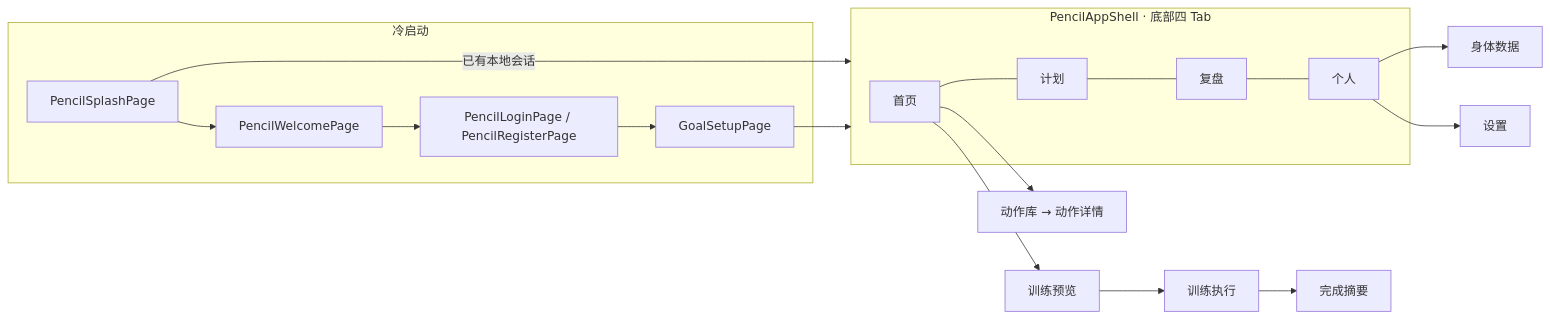
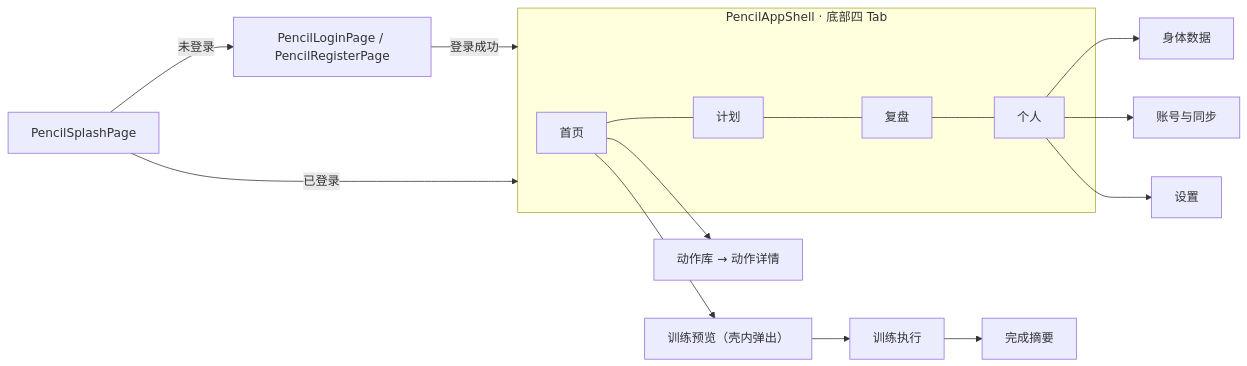
Before and after one commit to EarthxxRhythm/FitTracker: the diagram in README.md, drawn with Mermaid. The commit also changed other lines of this file and 4 other files, not shown here.

````diff
--- a/README.md
+++ b/README.md
@@ -107,15 +107,14 @@
 ```mermaid
 flowchart LR
-  subgraph 冷启动
-    S[PencilSplashPage] --> W[PencilWelcomePage] --> L[PencilLoginPage / PencilRegisterPage] --> O[GoalSetupPage]
-  end
-  S -- 已有本地会话 --> Shell
-  O --> Shell
+  S[PencilSplashPage] -- 未登录 --> L[PencilLoginPage / PencilRegisterPage]
+  L -- 登录成功 --> Shell
+  S -- 已登录 --> Shell
   subgraph Shell[PencilAppShell · 底部四 Tab]
     Home[首页] --- Plan[计划] --- Review[复盘] --- Profile[个人]
   end
-  Home --> P[训练预览] --> A[训练执行] --> C[完成摘要]
+  Home --> P[训练预览（壳内弹出）] --> A[训练执行] --> C[完成摘要]
   Home --> Lib[动作库 → 动作详情]
   Profile --> Body[身体数据]
+  Profile --> Acc[账号与同步]
   Profile --> Set[设置]
 ```
````
